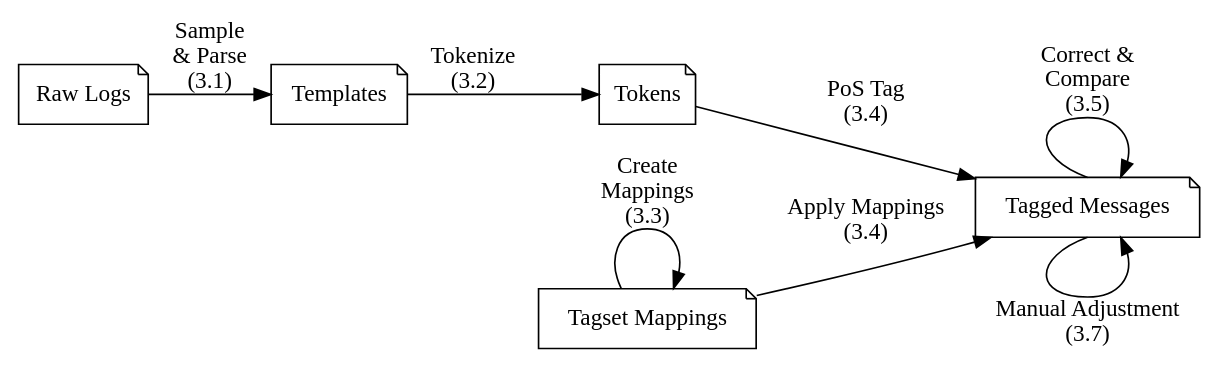
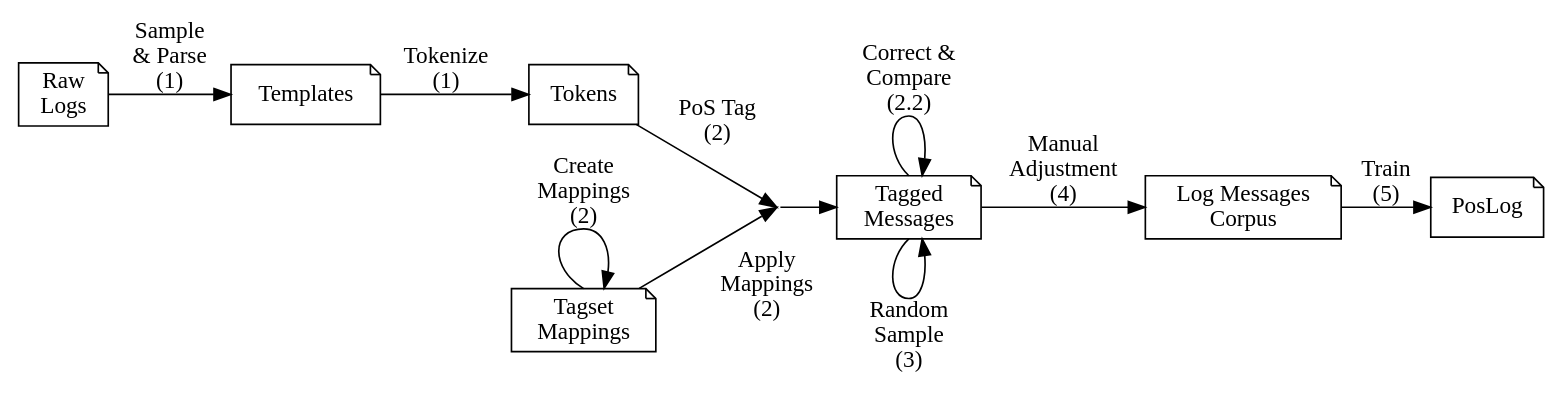
One commit to kiliandangendorf/poslog changed the diagram in figures/poslog_data_processing.dot. Above: the diagram before and after it, drawn with Graphviz. The commit also changed 4 other files, not shown here.

Commit message:
added process figure

```diff
--- a/figures/poslog_data_processing.dot
+++ b/figures/poslog_data_processing.dot
@@ -1,53 +1,36 @@
-digraph log2graph{
-	#rankdir="TB"; // Top to Bottom
-	#rankdir="BT"; // Bottom to Top
-	rankdir="LR"; // Left to Right
-	#rankdir="RL"; // Right to Left
+digraph pipeline{
+	rankdir=LR;
 	margin=0.05;
 	ranksep=0;
-	nodesep=0.5; // Add node separation to align nodes at the same level
+	nodesep=0.5;
+	
+	// Node styles
+	node[shape=note];
+	raw[label="Raw\nLogs"];
+	templates[label="Templates"];
+	mappings[label="Tagset\nMappings"];
+	tokens[label="Tokens"];
+	tagged[label="Tagged\nMessages"];
+	corpus[label="Log Messages\nCorpus"];
+	poslog[label="PosLog"];
+	
 
-	subgraph docs {
-		node[shape=note, margin=0.05];
-		raw[label="Raw Logs"];
-		//sample[label="Samples"];
-		templates[label="Templates"];
-		mappings[label="Tagset Mappings"];
-		tokens[label="Tokens"];
-		tagged0[label="Tagged Messages"];
-		//parameters[label="Parameters"];
-		//graphs[label="Graph"];	
-		
-	};
-	// subgraph proc {
-	// 	node[shape=hexagon, margin=0.01];
-	// 	parser[label="Sample & Parse"];
-	// 	tokenizer[label="Tokenize"];
-	// 	//enricher[label="Enricher", color=red];
-	// 	create_mappings[label="Create Mappings"];
-	// 	tagger[label="PoS Tag"];
-	// 	correct[label="Compare & Correct"];
-	// }
+	raw->templates[label="Sample\n& Parse\n(1)"];
+	templates->tokens[label="Tokenize\n(1)"];
 
-	// CROP ABOVE!
+	mappings:n->mappings[label="Create\nMappings\n(2)"];
+
+	a[shape=point, style=invis, width=0, height=0];
+	tokens->a[label="PoS Tag\n(2)"];
+	mappings->a[xlabel="Apply\nMappings\n(2)"];
+	a->tagged[minlen=2];
 	
-	raw->templates[label="Sample\n& Parse\n(3.1)"];
+	tagged:n->tagged[label="Correct &\nCompare\n(2.2)"];
+	tagged:s->tagged[label="Random\nSample\n(3)"];
+	
+	tagged->corpus[label="Manual\nAdjustment\n(4)"];
 
-	templates->tokens[label="Tokenize\n(3.2)"];
-
-	// tokens->tagged0[label="PoS Tag &\nApply Mappings\n(3.4)"];
-	tokens->tagged0[label="PoS Tag\n(3.4)"];
-
-	mappings->mappings[label="Create\nMappings\n(3.3)"];
-
-	mappings->tagged0[label="Apply Mappings\n(3.4)"];
+	corpus->poslog[label="Train\n(5)"];
 	
-	tagged0:n->tagged0[label="Correct &\nCompare\n(3.5)"];
-
-	//tagged0->tagged0[label="Manual Correction\n(3.6)", dir=both, arrowtail=normal, constraint=false, tailport=sw, headport=se];
-	tagged0:s->tagged0[label="Manual Adjustment\n(3.7)"];
-
-	//reorder with invisible edges
-	//edge[style=invis];
-	//node[style=invis];
+	
 }
```
